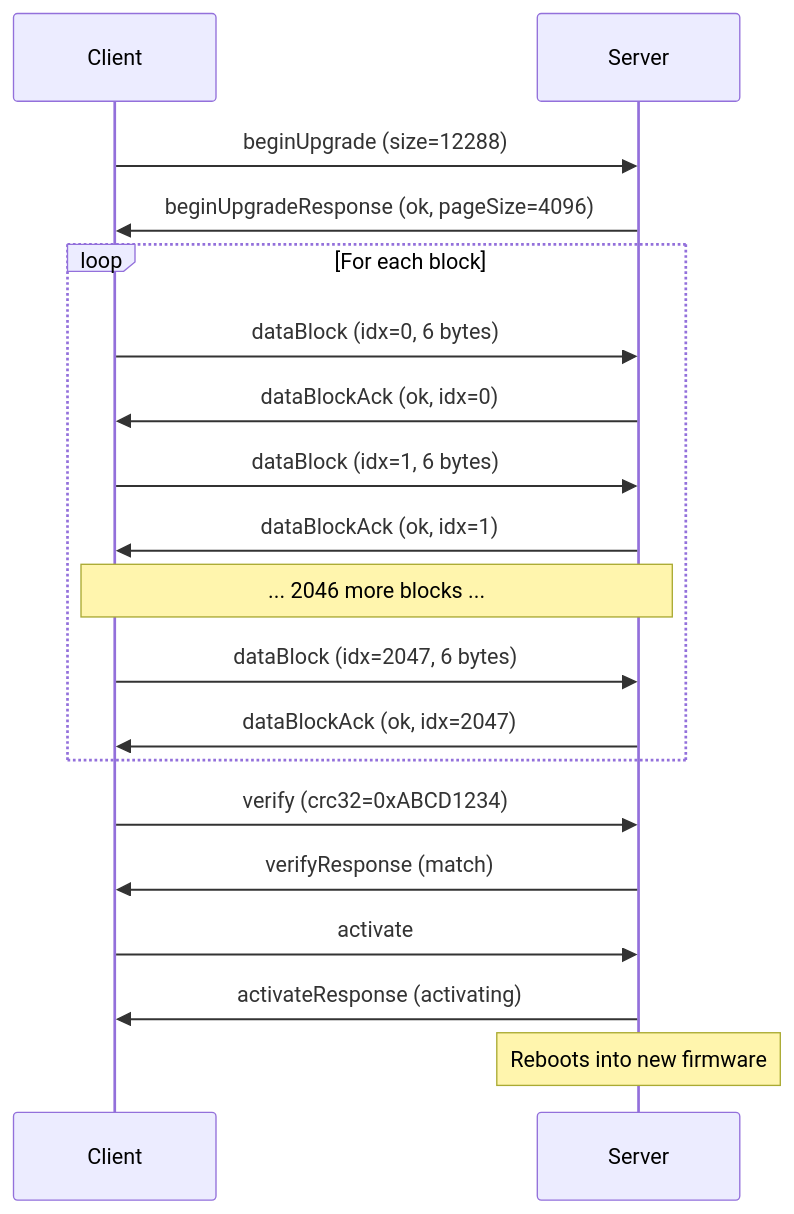
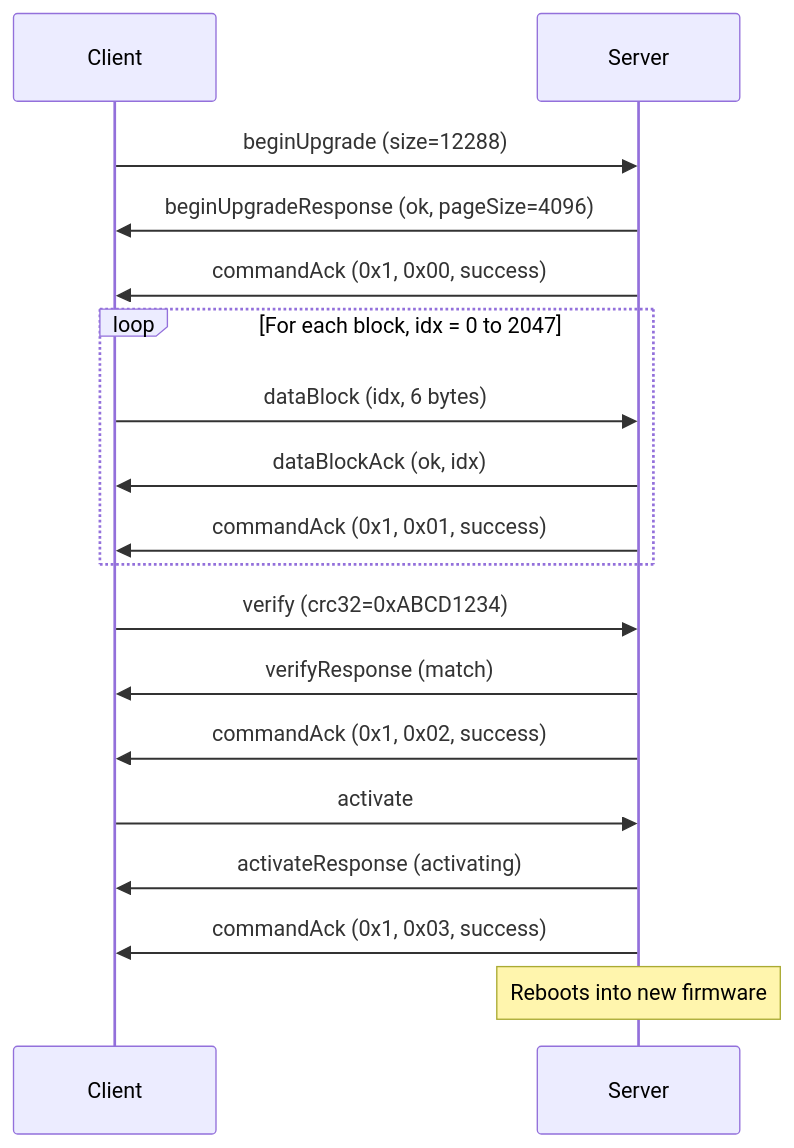
One commit to embedded-pro/can-lite changed the first of 4 diagrams in documents/spec/firmware-upgrade.md. Above: the diagram before and after it, drawn with Mermaid. The commit also changed other lines of this file and 18 other files, not shown here.

````diff
--- a/documents/spec/firmware-upgrade.md
+++ b/documents/spec/firmware-upgrade.md
@@ -214,25 +246,24 @@
 ```mermaid
 sequenceDiagram
     participant C as Client
     participant S as Server
 
     C->>S: beginUpgrade (size=12288)
     S->>C: beginUpgradeResponse (ok, pageSize=4096)
+    S->>C: commandAck (0x1, 0x00, success)
 
-    loop For each block
-        C->>S: dataBlock (idx=0, 6 bytes)
-        S->>C: dataBlockAck (ok, idx=0)
-        C->>S: dataBlock (idx=1, 6 bytes)
-        S->>C: dataBlockAck (ok, idx=1)
-        Note over C,S: ... 2046 more blocks ...
-        C->>S: dataBlock (idx=2047, 6 bytes)
-        S->>C: dataBlockAck (ok, idx=2047)
+    loop For each block, idx = 0 to 2047
+        C->>S: dataBlock (idx, 6 bytes)
+        S->>C: dataBlockAck (ok, idx)
+        S->>C: commandAck (0x1, 0x01, success)
     end
 
     C->>S: verify (crc32=0xABCD1234)
     S->>C: verifyResponse (match)
+    S->>C: commandAck (0x1, 0x02, success)
 
     C->>S: activate
     S->>C: activateResponse (activating)
+    S->>C: commandAck (0x1, 0x03, success)
     Note over S: Reboots into new firmware
 ```
````
